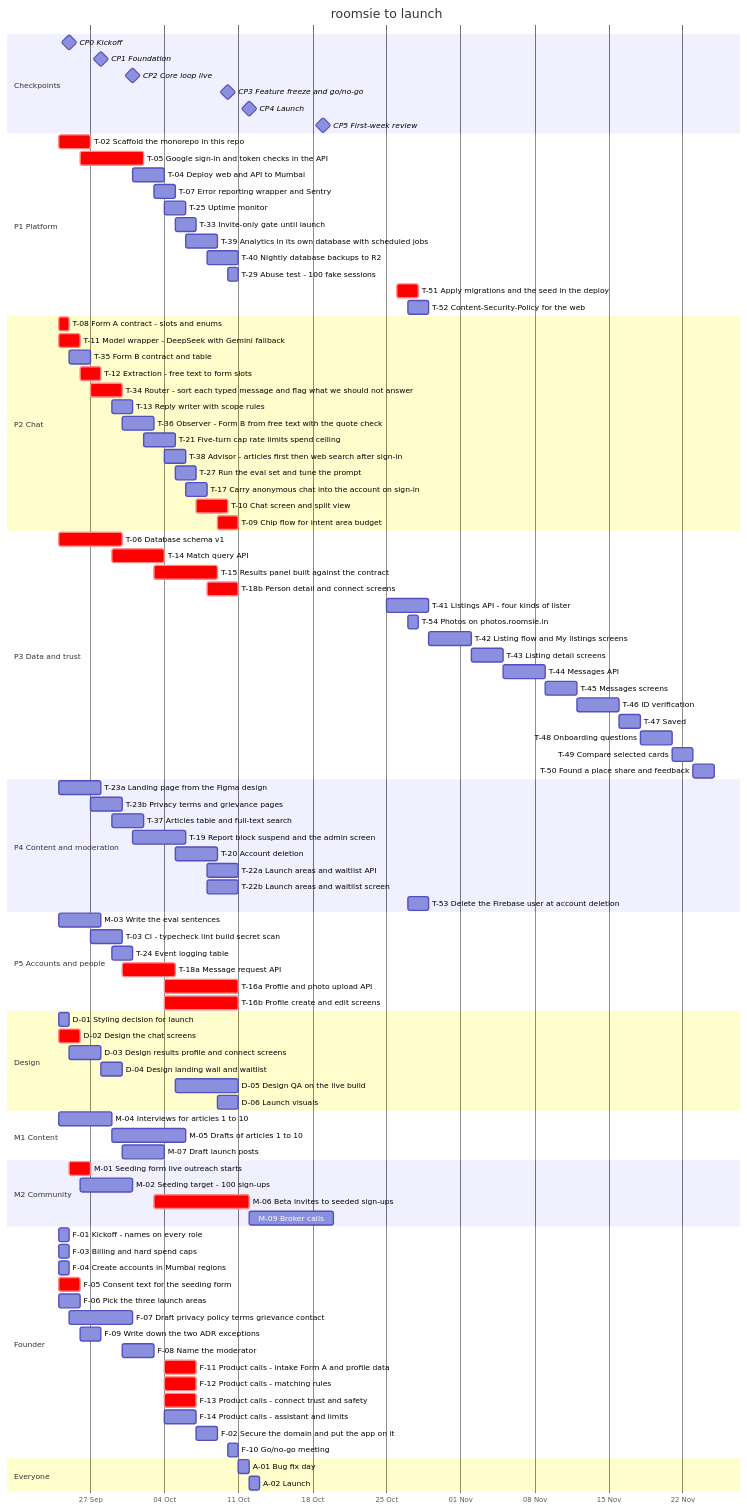
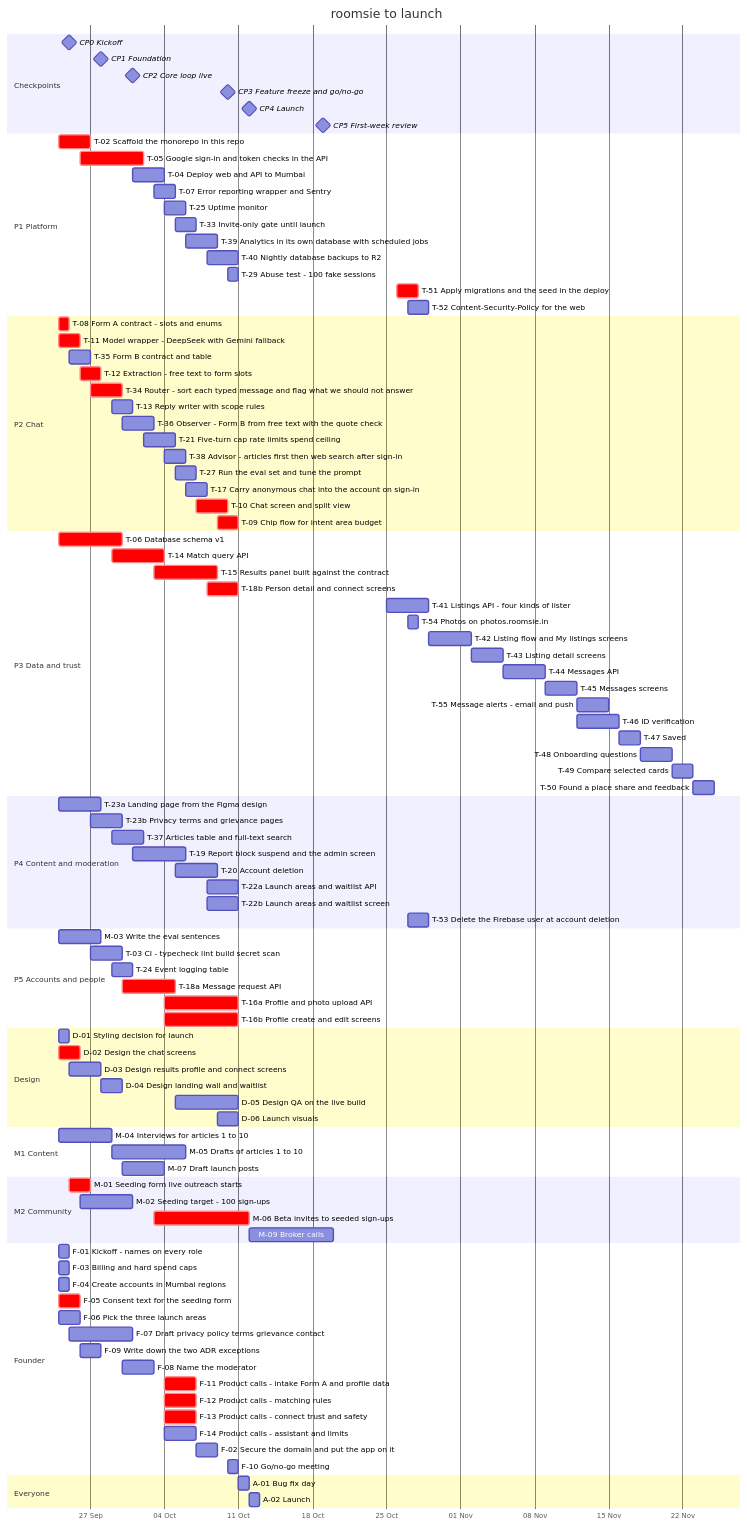
One commit to magentawood/roomsie changed the diagram in docs/team-plan.md. Above: the diagram before and after it, drawn with Mermaid. The commit also changed other lines of this file and 23 other files, not shown here.

```diff
--- a/docs/team-plan.md
+++ b/docs/team-plan.md
@@ -359,6 +361,7 @@
     T-43 Listing detail screens :t43, 2026-11-02, 3d
     T-44 Messages API :t44, 2026-11-05, 4d
     T-45 Messages screens :t45, 2026-11-09, 3d
+    T-55 Message alerts - email and push :t55, 2026-11-12, 3d
     T-46 ID verification :t46, 2026-11-12, 4d
     T-47 Saved :t47, 2026-11-16, 2d
     T-48 Onboarding questions :t48, 2026-11-18, 3d
```
